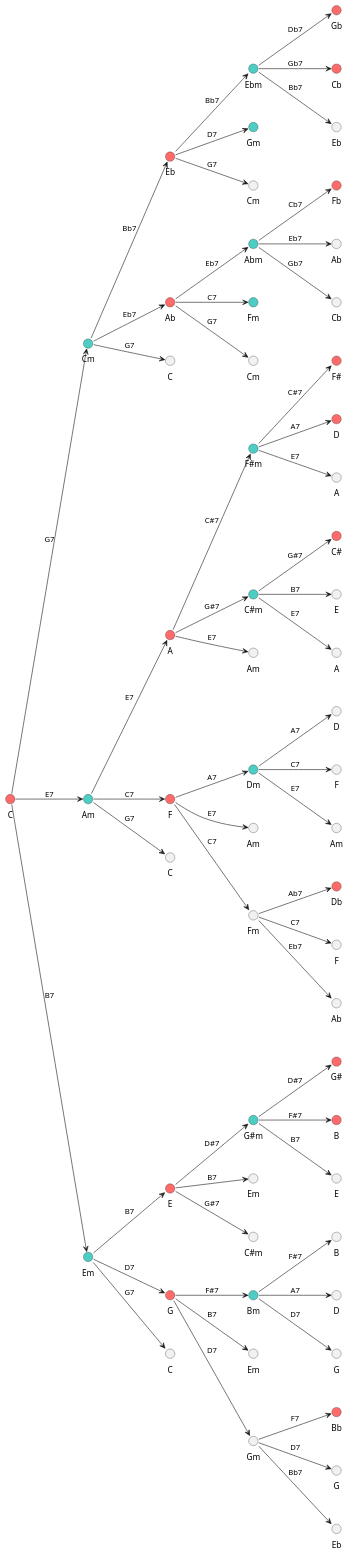
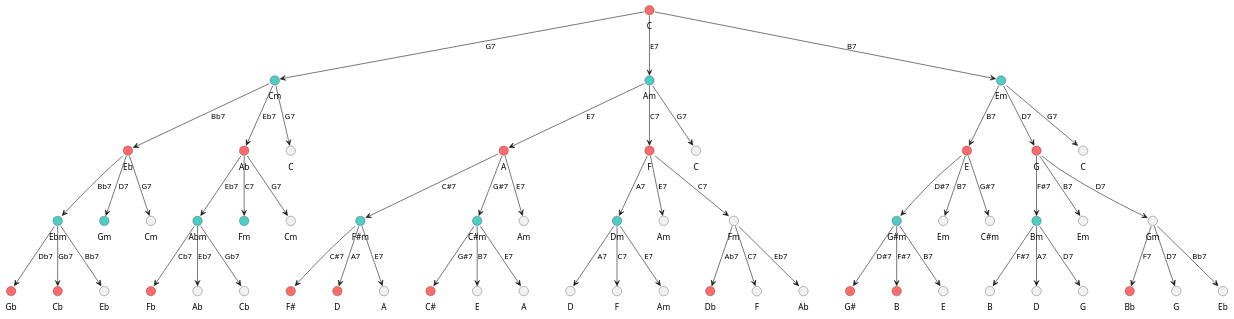
The diagram in modelosUML/acordes.puml (mmasias/mmasias), drawn with PlantUML before and after one commit. The commit also changed 1 other file, not shown here.

```diff
--- a/modelosUML/acordes.puml
+++ b/modelosUML/acordes.puml
@@ -1,178 +1,180 @@
 @startuml
+skinparam defaultFontName Arial
+skinparam nodesep 25
+skinparam ranksep 35
 
-left to right direction
 ' Nivel 0: C
 circle C #FF6B6B
 
 ' Nivel 1 desde C: P=Cm, R=Am, L=Em
 circle Cm #4ECDC4
 circle Am #4ECDC4
 circle Em #4ECDC4
 
 C --> Cm : G7
 C --> Am : E7
 C --> Em : B7
 
 ' Nivel 2 desde Cm: P=C(existe), R=Eb, L=Ab
 circle Eb #FF6B6B
 circle Ab #FF6B6B
 circle "C" as CM
 
 Cm --> CM : G7
 Cm --> Eb : Bb7
 Cm --> Ab : Eb7
 
 ' Nivel 2 desde Am: P=A, R=C(existe), L=F
 circle A #FF6B6B
 circle F #FF6B6B
 circle "C" as CM2
 
 Am --> A : E7
 Am --> CM2 : G7
 Am --> F : C7
 
 ' Nivel 2 desde Em: P=E, R=G, L=C(existe)
 circle E #FF6B6B
 circle G #FF6B6B
 circle "C" as CM3
 
 Em --> E : B7
 Em --> G : D7
 Em --> CM3 : G7
 
 ' Nivel 3 desde Eb: P=Ebm, R=Cm(existe), L=Gm
 circle Ebm #4ECDC4
 circle Gm #4ECDC4
 circle "Cm" as Cm2
 
 Eb --> Ebm : Bb7
 Eb --> Cm2 : G7
 Eb --> Gm : D7
 
 ' Nivel 3 desde Ab: P=Abm, R=Fm, L=Cm(existe)
 circle Abm #4ECDC4
 circle Fm #4ECDC4
 circle "Cm" as Cm3
 
 Ab --> Abm : Eb7
 Ab --> Fm : C7
 Ab --> Cm3 : G7
 
 ' Nivel 3 desde A: P=Am(existe), R=F#m, L=C#m
 circle "F#m" as Fshm #4ECDC4
 circle "C#m" as Cshm #4ECDC4
 circle "Am" as Am2
 
 A --> Am2 : E7
 A --> Fshm : C#7
 A --> Cshm : G#7
 
 ' Nivel 3 desde F: P=Fm, R=Dm, L=Am(existe)
 circle Dm #4ECDC4
 circle "Am" as Am3
 circle "Fm" as Fm2
 
 F --> Fm2 : C7
 F --> Dm : A7
 F --> Am3 : E7
 
 ' Nivel 3 desde E: P=Em(existe), R=C#m(existe), L=G#m
 circle "G#m" as Gshm #4ECDC4
 circle "Em" as Em2
 circle "C#m" as Cshm2
 
 E --> Em2 : B7
 E --> Cshm2 : G#7
 E --> Gshm : D#7
 
 ' Nivel 3 desde G: P=Gm, R=Em(existe), L=Bm
 circle Bm #4ECDC4
 circle "Em" as Em3
 circle "Gm" as Gm2
 
 G --> Gm2 : D7
 G --> Em3 : B7
 G --> Bm : F#7
 
 ' Nivel 4 desde Ebm: P=Eb(existe), R=Gb, L=Cb
 circle Gb #FF6B6B
 circle Cb #FF6B6B
 circle "Eb" as Eb2
 
 Ebm --> Eb2 : Bb7
 Ebm --> Gb : Db7
 Ebm --> Cb : Gb7
 
 ' Nivel 4 desde Gm: P=G(existe), R=Bb, L=Eb(existe)
 circle Bb #FF6B6B
 circle "G" as G2
 circle "Eb" as Eb3
 
 Gm2 --> G2 : D7
 Gm2 --> Bb : F7
 Gm2 --> Eb3 : Bb7
 
 ' Nivel 4 desde Abm: P=Ab(existe), R=Cb(existe), L=Fb
 circle Fb #FF6B6B
 circle "Ab" as Ab2
 circle "Cb" as Cb2
 
 Abm --> Ab2 : Eb7
 Abm --> Cb2 : Gb7
 Abm --> Fb : Cb7
 
 ' Nivel 4 desde Fm: P=F(existe), R=Ab(existe), L=Db
 circle Db #FF6B6B
 circle "F" as F2
 circle "Ab" as Ab3
 
 Fm2 --> F2 : C7
 Fm2 --> Ab3 : Eb7
 Fm2 --> Db : Ab7
 
 ' Nivel 4 desde F#m: P=F#, R=A(existe), L=D
 circle "F#" as Fsh #FF6B6B
 circle D #FF6B6B
 circle "A" as A2
 
 Fshm --> Fsh : C#7
 Fshm --> A2 : E7
 Fshm --> D : A7
 
 ' Nivel 4 desde C#m: P=C#, R=E(existe), L=A(existe)
 circle "C#" as Csh #FF6B6B
 circle "E" as E2
 circle "A" as A3
 
 Cshm --> Csh : G#7
 Cshm --> E2 : B7
 Cshm --> A3 : E7
 
 ' Nivel 4 desde Dm: P=D(existe), R=F(existe), L=Am(existe)
 circle "D" as D2
 circle "F" as F3
 circle "Am" as Am4
 
 Dm --> D2 : A7
 Dm --> F3 : C7
 Dm --> Am4 : E7
 
 ' Nivel 4 desde G#m: P=G#, R=B, L=E(existe)
 circle "G#" as Gsh #FF6B6B
 circle B #FF6B6B
 circle "E" as E3
 
 Gshm --> Gsh : D#7
 Gshm --> B : F#7
 Gshm --> E3 : B7
 
 ' Nivel 4 desde Bm: P=B(existe), R=D(existe), L=G(existe)
 circle "B" as B2
 circle "D" as D3
 circle "G" as G3
 
 Bm --> B2 : F#7
 Bm --> D3 : A7
 Bm --> G3 : D7
 
 @enduml
```
